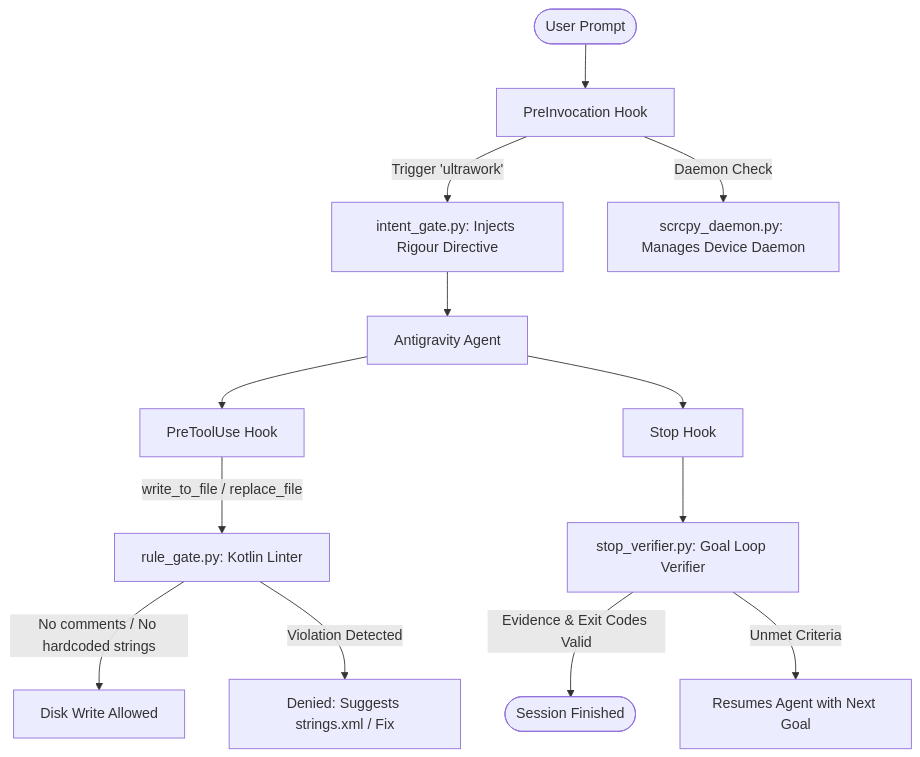
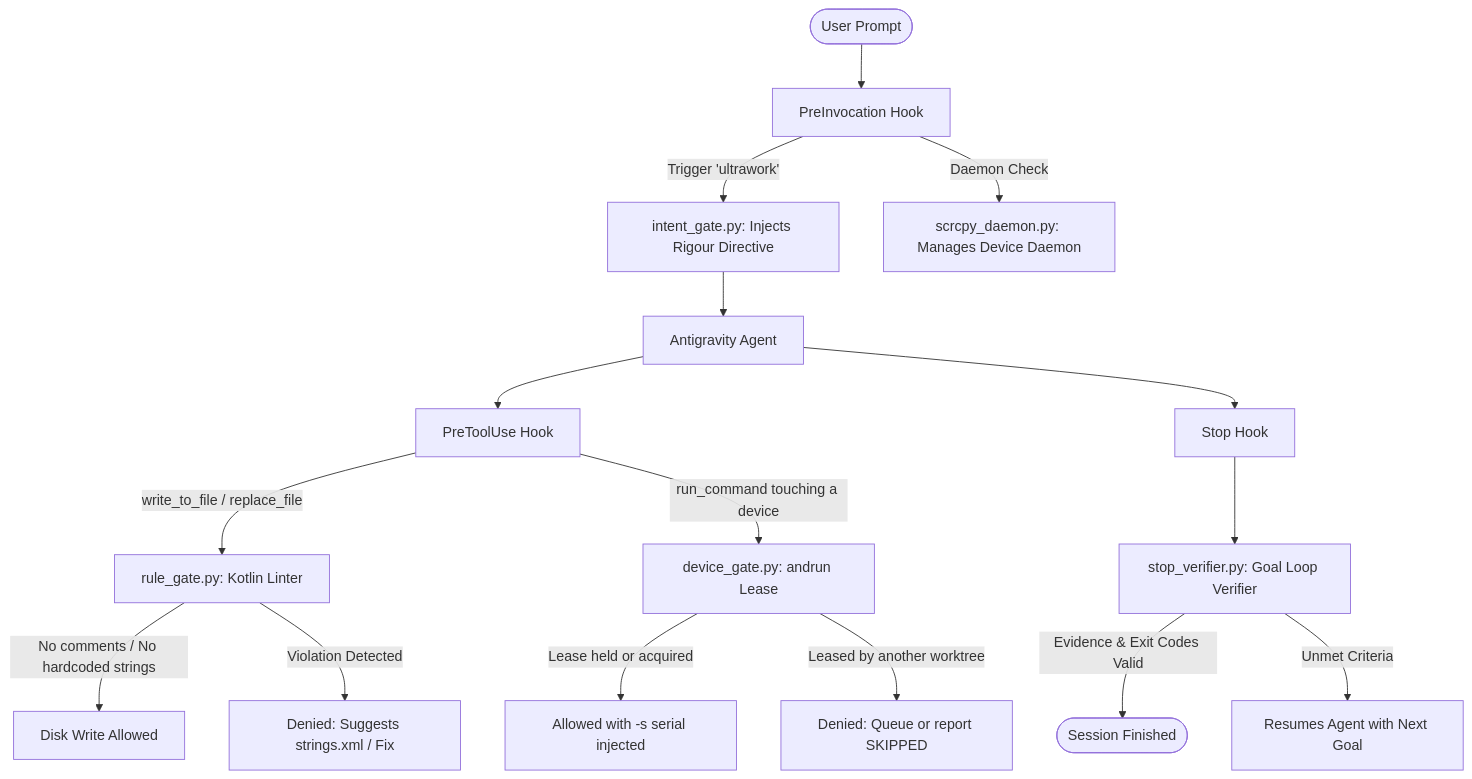
One commit to impeterwayne/AndroidHarnessAGY changed the diagram in README.md. Above: the diagram before and after it, drawn with Mermaid. The commit also changed other lines of this file and 249 other files, not shown here.

Commit message:
feat: isolate payload in assets and add device-gate hook

````diff
--- a/README.md
+++ b/README.md
@@ -130,18 +131,21 @@
 ```mermaid
 flowchart TD
     Prompt([User Prompt]) --> PreInvoc[PreInvocation Hook]
     PreInvoc -->|Trigger 'ultrawork'| IntentGate[intent_gate.py: Injects Rigour Directive]
     PreInvoc -->|Daemon Check| ScrcpyDaemon[scrcpy_daemon.py: Manages Device Daemon]
     
     IntentGate --> LLM[Antigravity Agent]
     
     LLM --> PreTool[PreToolUse Hook]
     PreTool -->|write_to_file / replace_file| RuleGate[rule_gate.py: Kotlin Linter]
     RuleGate -->|No comments / No hardcoded strings| WriteDisk[Disk Write Allowed]
     RuleGate -->|Violation Detected| BlockTool[Denied: Suggests strings.xml / Fix]
+    PreTool -->|run_command touching a device| DeviceGate[device_gate.py: andrun Lease]
+    DeviceGate -->|Lease held or acquired| InjectSerial[Allowed with -s serial injected]
+    DeviceGate -->|Leased by another worktree| BlockDevice[Denied: Queue or report SKIPPED]
     
     LLM --> StopCheck[Stop Hook]
     StopCheck --> StopVerifier[stop_verifier.py: Goal Loop Verifier]
     StopVerifier -->|Evidence & Exit Codes Valid| Done([Session Finished])
     StopVerifier -->|Unmet Criteria| Resume[Resumes Agent with Next Goal]
 ```
````
